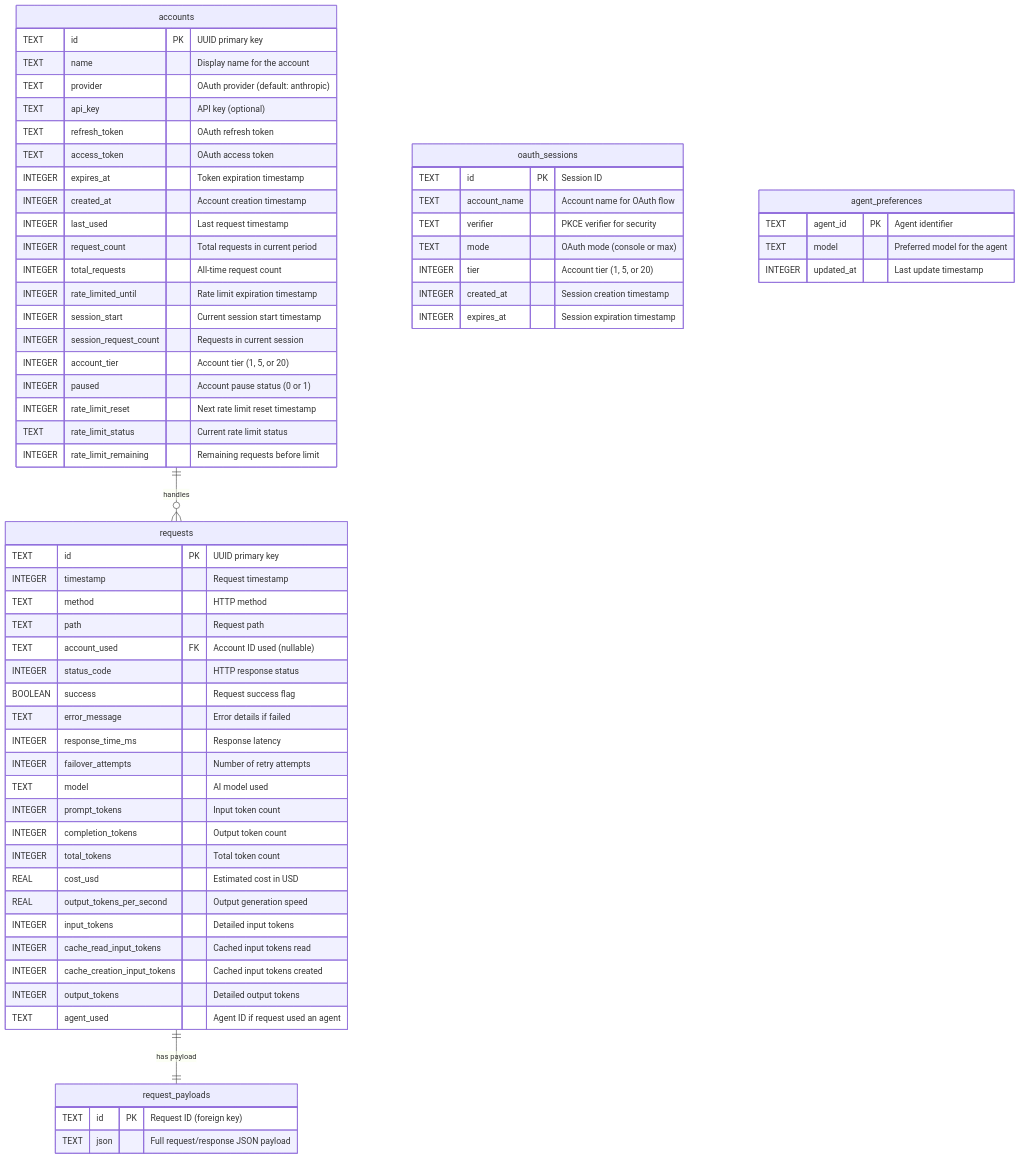
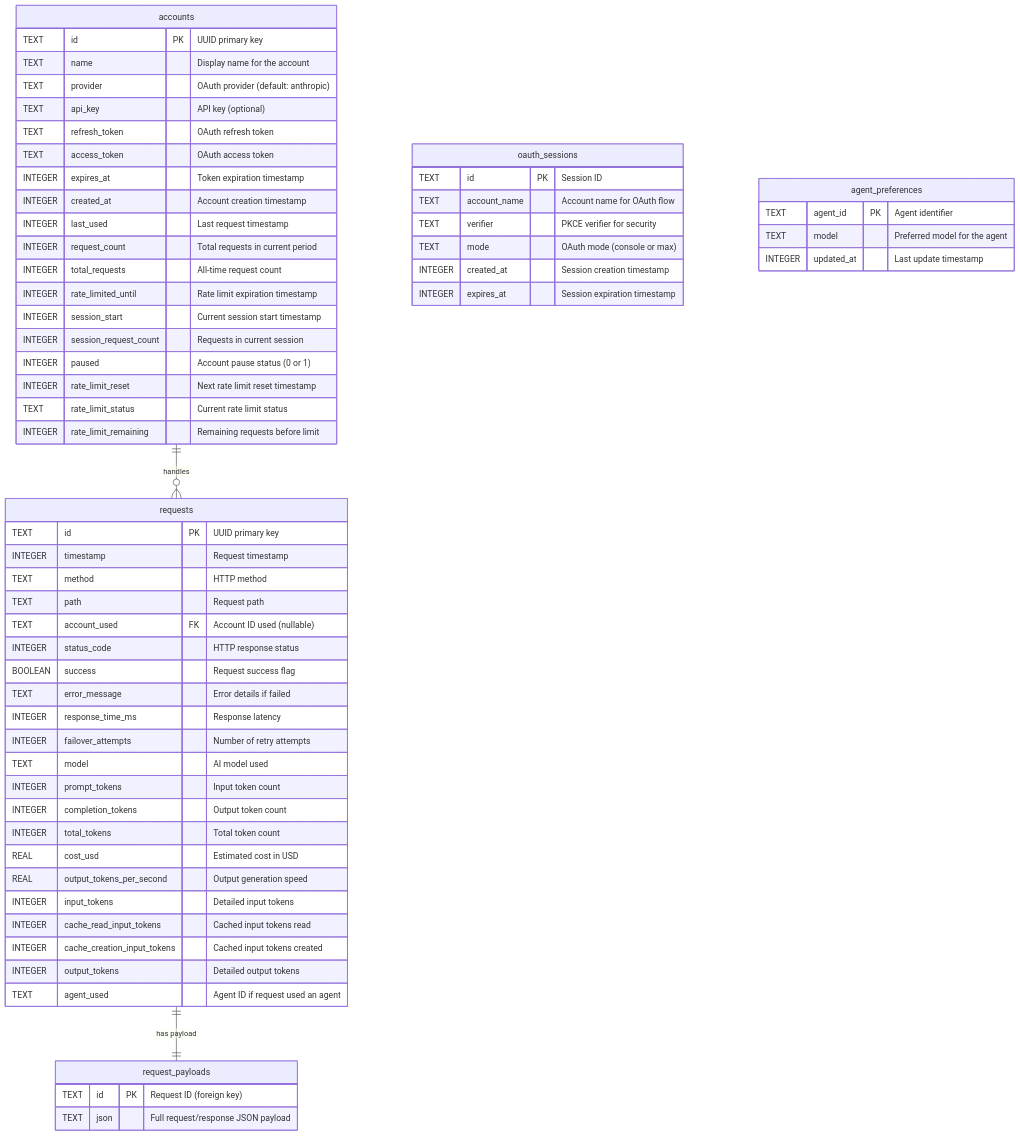
The diagram in docs/database.md (tombii/better-ccflare), drawn with Mermaid before and after one commit. The commit also changed other lines of this file and 37 other files, not shown here.

````diff
--- a/docs/database.md
+++ b/docs/database.md
@@ -20,72 +20,70 @@
 ```mermaid
 erDiagram
     accounts {
         TEXT id PK "UUID primary key"
         TEXT name "Display name for the account"
         TEXT provider "OAuth provider (default: anthropic)"
         TEXT api_key "API key (optional)"
         TEXT refresh_token "OAuth refresh token"
         TEXT access_token "OAuth access token"
         INTEGER expires_at "Token expiration timestamp"
         INTEGER created_at "Account creation timestamp"
         INTEGER last_used "Last request timestamp"
         INTEGER request_count "Total requests in current period"
         INTEGER total_requests "All-time request count"
         INTEGER rate_limited_until "Rate limit expiration timestamp"
         INTEGER session_start "Current session start timestamp"
         INTEGER session_request_count "Requests in current session"
-        INTEGER account_tier "Account tier (1, 5, or 20)"
         INTEGER paused "Account pause status (0 or 1)"
         INTEGER rate_limit_reset "Next rate limit reset timestamp"
         TEXT rate_limit_status "Current rate limit status"
         INTEGER rate_limit_remaining "Remaining requests before limit"
     }
     
     requests {
         TEXT id PK "UUID primary key"
         INTEGER timestamp "Request timestamp"
         TEXT method "HTTP method"
         TEXT path "Request path"
         TEXT account_used FK "Account ID used (nullable)"
         INTEGER status_code "HTTP response status"
         BOOLEAN success "Request success flag"
         TEXT error_message "Error details if failed"
         INTEGER response_time_ms "Response latency"
         INTEGER failover_attempts "Number of retry attempts"
         TEXT model "AI model used"
         INTEGER prompt_tokens "Input token count"
         INTEGER completion_tokens "Output token count"
         INTEGER total_tokens "Total token count"
         REAL cost_usd "Estimated cost in USD"
         REAL output_tokens_per_second "Output generation speed"
         INTEGER input_tokens "Detailed input tokens"
         INTEGER cache_read_input_tokens "Cached input tokens read"
         INTEGER cache_creation_input_tokens "Cached input tokens created"
         INTEGER output_tokens "Detailed output tokens"
         TEXT agent_used "Agent ID if request used an agent"
     }
     
     request_payloads {
         TEXT id PK "Request ID (foreign key)"
         TEXT json "Full request/response JSON payload"
     }
     
     oauth_sessions {
         TEXT id PK "Session ID"
         TEXT account_name "Account name for OAuth flow"
         TEXT verifier "PKCE verifier for security"
         TEXT mode "OAuth mode (console or max)"
-        INTEGER tier "Account tier (1, 5, or 20)"
         INTEGER created_at "Session creation timestamp"
         INTEGER expires_at "Session expiration timestamp"
     }
     
     agent_preferences {
         TEXT agent_id PK "Agent identifier"
         TEXT model "Preferred model for the agent"
         INTEGER updated_at "Last update timestamp"
     }
     
     accounts ||--o{ requests : "handles"
     requests ||--|| request_payloads : "has payload"
 ```
````
